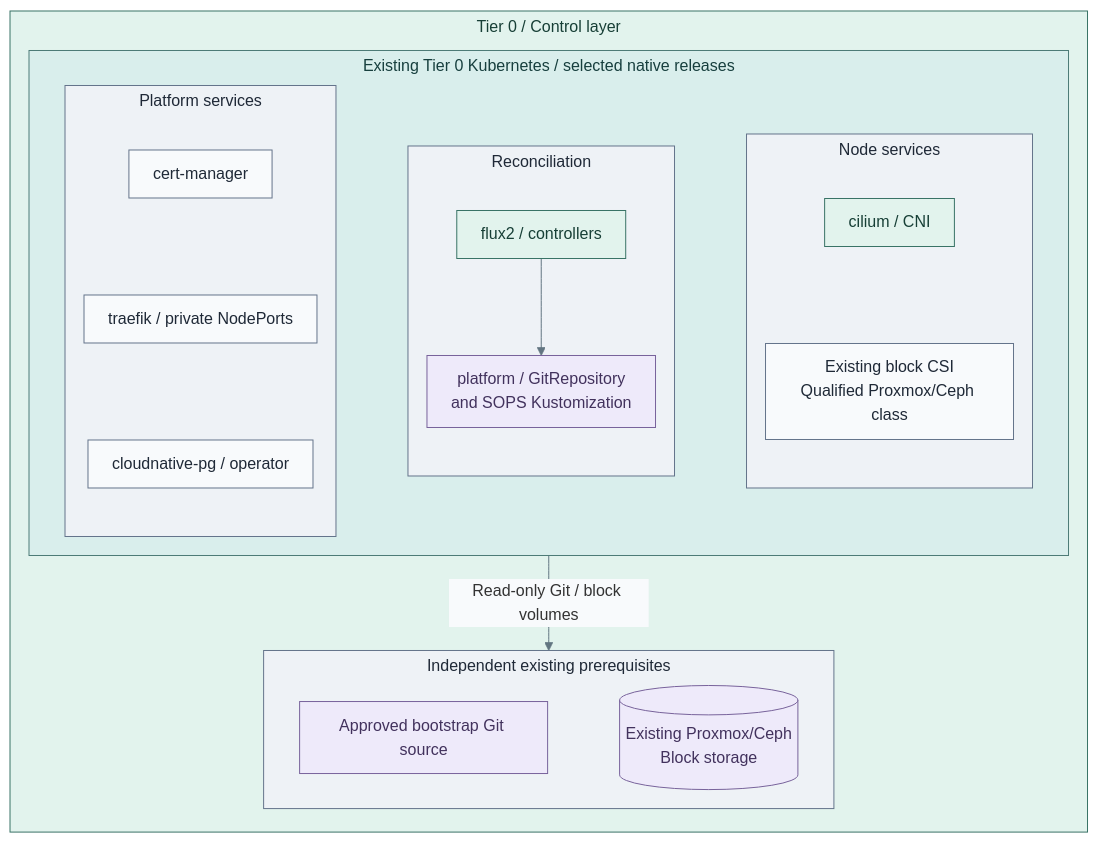
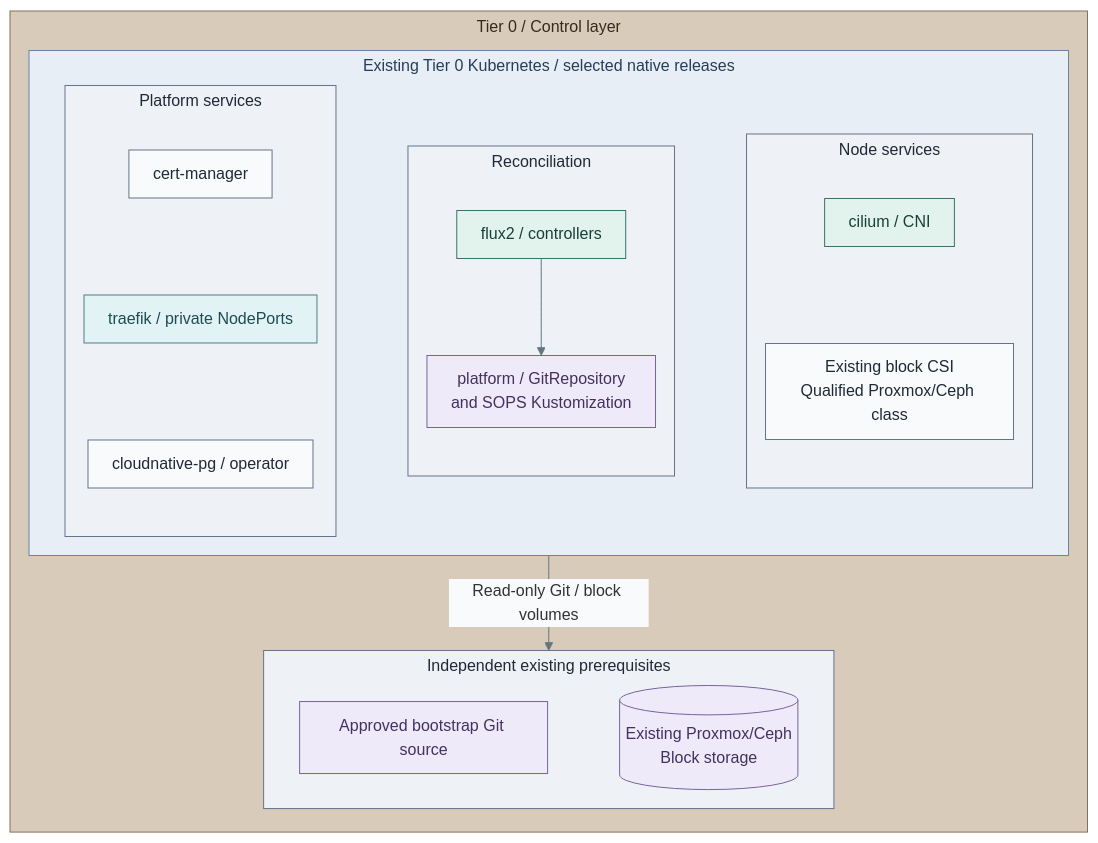
Before and after one commit to Rexus/homelab: the second of 3 diagrams in docs/03-deployment/stage-4-kubernetes/README.md, drawn with Mermaid. The commit also changed other lines of this file and 108 other files, not shown here.

Commit message:
docs(diagrams): unify visual language and opening views

````diff
--- a/docs/03-deployment/stage-4-kubernetes/README.md
+++ b/docs/03-deployment/stage-4-kubernetes/README.md
@@ -239,46 +241,51 @@
 ```mermaid
 %%{init: {"theme":"base","flowchart":{"nodeSpacing":18,"rankSpacing":22,"padding":12,"subGraphTitleMargin":{"top":4,"bottom":12}},"themeVariables":{"lineColor":"#627581","edgeLabelBackground":"#f8fafc"}}}%%
 flowchart TB
   subgraph T0["Tier 0 / Control layer"]
     direction TB
     subgraph Cluster["Existing Tier 0 Kubernetes / selected native releases"]
       direction LR
       subgraph Apps["Platform services"]
         direction TB
         TLS["cert-manager"]
         Ingress["traefik / private NodePorts"]
         Database["cloudnative-pg / operator"]
         TLS ~~~ Ingress ~~~ Database
       end
       subgraph Reconcile["Reconciliation"]
         direction TB
         Flux["flux2 / controllers"]
         Source["platform / GitRepository<br/>and SOPS Kustomization"]
         Flux --> Source
       end
       subgraph NodeServices["Node services"]
         direction TB
         Network["cilium / CNI"]
         Storage["Existing block CSI<br/>Qualified Proxmox/Ceph class"]
         Network ~~~ Storage
       end
       Apps ~~~ Reconcile ~~~ NodeServices
     end
     subgraph Existing["Independent existing prerequisites"]
       direction LR
       Git["Approved bootstrap Git source"]
       PVE[("Existing Proxmox/Ceph<br/>Block storage")]
       Git ~~~ PVE
     end
     Cluster -->|Read-only Git / block volumes| Existing
   end
   classDef default fill:#f8fafc,stroke:#64748b,color:#1f2937
   classDef control fill:#e2f3ed,stroke:#397366,color:#173f36
   classDef runtime fill:#d9eeec,stroke:#4d7b77,color:#173f3e
   classDef boundary fill:#eef2f6,stroke:#64748b,color:#1f2937
   classDef data fill:#eeeafa,stroke:#78639b,color:#42325d
-  class T0,Flux,Network control
-  class Cluster runtime
+  class Flux,Network control
   class Apps,Reconcile,NodeServices,Existing boundary
   class Source,Git,PVE data
+  classDef kubernetes fill:#e8eef6,stroke:#6b83a3,color:#263d59
+  class Cluster kubernetes
+  classDef traffic fill:#e1f3f5,stroke:#4c7f88,color:#214a52
+  class Ingress traffic
+  classDef tier0 fill:#d8cbb9,stroke:#83715a,color:#352a1e
+  class T0 tier0
 ```
````
